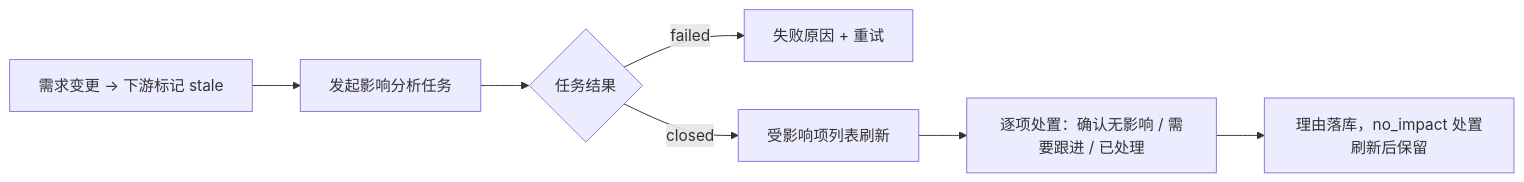
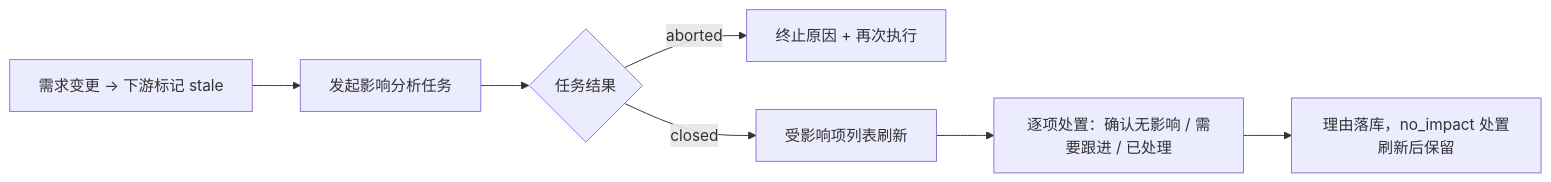
The second of 2 diagrams in docs/05-interaction-design/04-trace-matrix-ui.md (XiaoMiSum/robotest), drawn with Mermaid before and after one commit. The commit also changed other lines of this file and 25 other files, not shown here.

Commit message:
📝 docs(ai): 五切片并行审计修复 AI Task 残留——数据接口 ER/状态机/术语/判据全量对齐新架构

````diff
--- a/docs/05-interaction-design/04-trace-matrix-ui.md
+++ b/docs/05-interaction-design/04-trace-matrix-ui.md
@@ -158,9 +158,9 @@
 ```mermaid
 flowchart LR
   A[需求变更 → 下游标记 stale] --> B[发起影响分析任务]
   B --> C{任务结果}
-  C -- failed --> D[失败原因 + 重试]
+  C -- aborted --> D[终止原因 + 再次执行]
   C -- closed --> E[受影响项列表刷新]
   E --> F[逐项处置：确认无影响 / 需要跟进 / 已处理]
   F --> G[理由落库，no_impact 处置刷新后保留]
 ```
````
